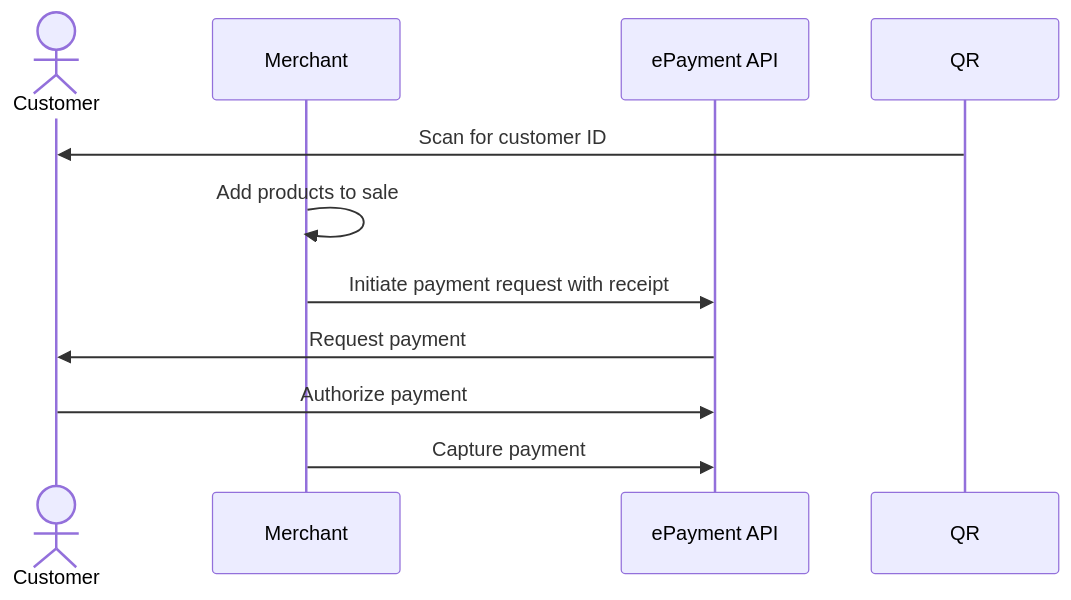
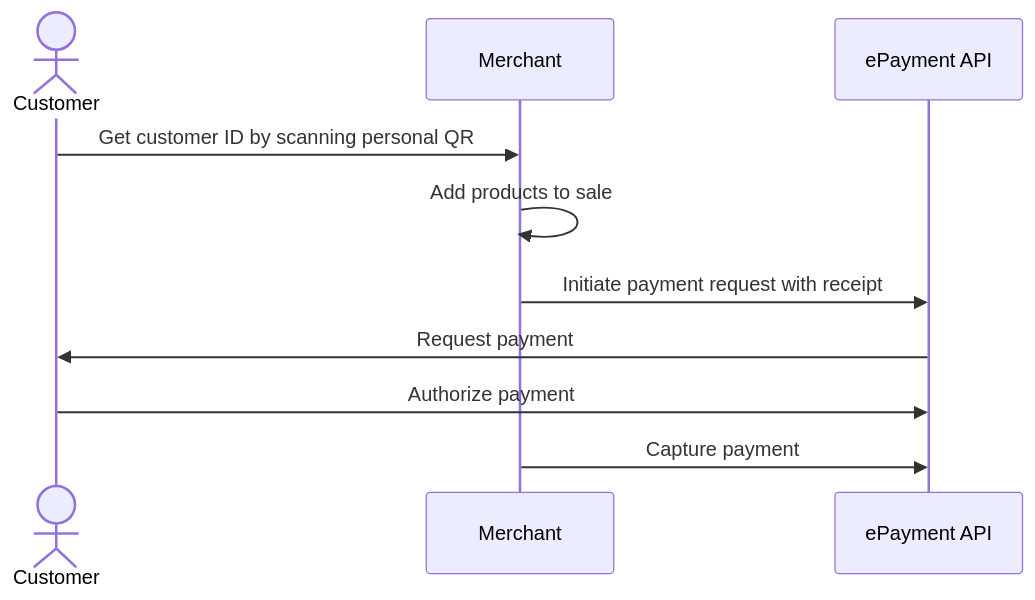
One commit to vippsas/vipps-solutions changed the diagram in in-store/README.md. Above: the diagram before and after it, drawn with Mermaid. The commit also changed 1 other file, not shown here.

Commit message:
personal qr scan doesn't use qr api

````diff
--- a/in-store/README.md
+++ b/in-store/README.md
@@ -162,13 +162,13 @@
 ``` mermaid
 sequenceDiagram
     actor C as Customer
     participant M as Merchant
     participant ePayment as ePayment API
     
-    QR->>C: Scan for customer ID
+    C->>M: Get customer ID by scanning personal QR
     M->>M: Add products to sale
     M->>ePayment: Initiate payment request with receipt
     ePayment->>C: Request payment
     C->>ePayment: Authorize payment
     M->>ePayment: Capture payment
 ```
````
